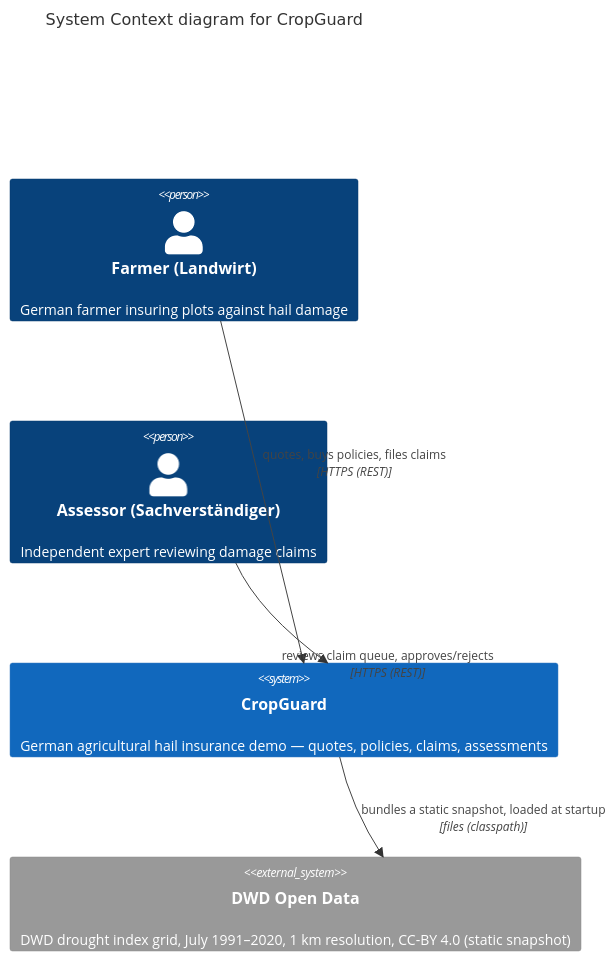
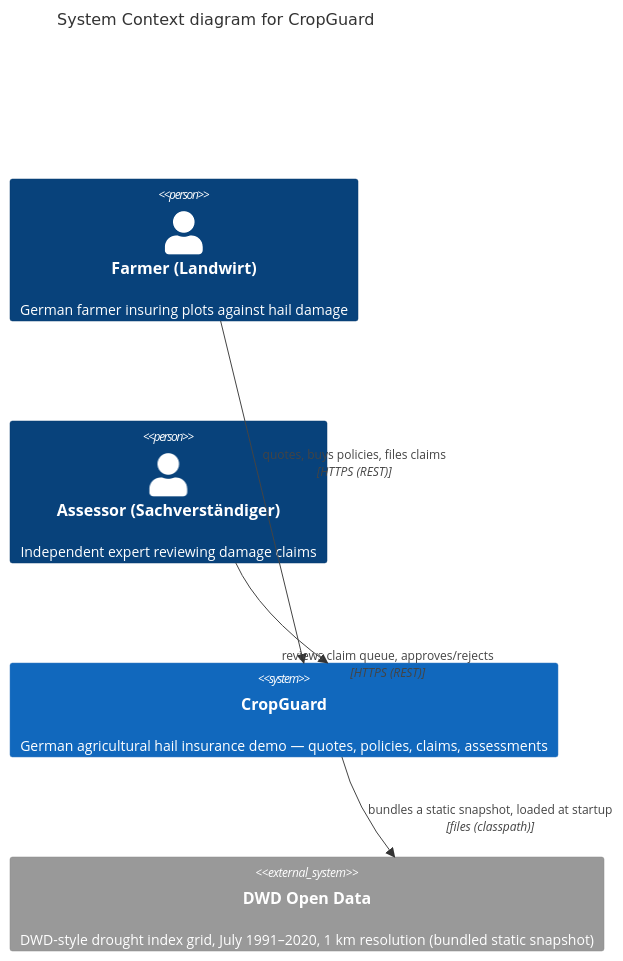
Before and after one commit to tobias-weiss-ai-xr/spring-boot-showcase-2026: the diagram in docs/arc42/03-context-and-scope.md, drawn with Mermaid. The commit also changed 8 other files, not shown here.

````diff
--- a/docs/arc42/03-context-and-scope.md
+++ b/docs/arc42/03-context-and-scope.md
@@ -17,18 +17,18 @@
 ```mermaid
 C4Context
   title System Context diagram for CropGuard
 
   Person(farmer, "Farmer (Landwirt)", "German farmer insuring plots against hail damage")
   Person(assessor, "Assessor (Sachverständiger)", "Independent expert reviewing damage claims")
 
   System(cropguard, "CropGuard", "German agricultural hail insurance demo — quotes, policies, claims, assessments")
 
-  System_Ext(dwd, "DWD Open Data", "DWD drought index grid, July 1991–2020, 1 km resolution, CC-BY 4.0 (static snapshot)")
+  System_Ext(dwd, "DWD Open Data", "DWD-style drought index grid, July 1991–2020, 1 km resolution (bundled static snapshot)")
 
   Rel(farmer, cropguard, "quotes, buys policies, files claims", "HTTPS (REST)")
   Rel(assessor, cropguard, "reviews claim queue, approves/rejects", "HTTPS (REST)")
   Rel(cropguard, dwd, "bundles a static snapshot, loaded at startup", "files (classpath)")
   UpdateRelStyle(farmer, cropguard, $offsetY="-40")
   UpdateRelStyle(assessor, cropguard, $offsetY="40")
   UpdateLayoutConfig($c4ShapeInRow="2", $c4BoundaryInRow="1")
 ```
````
